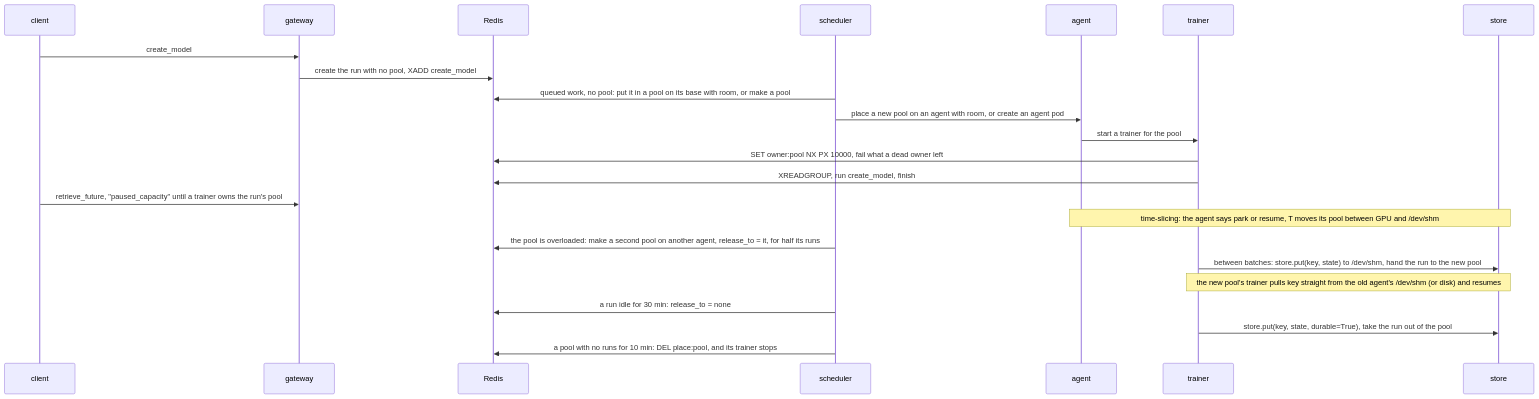
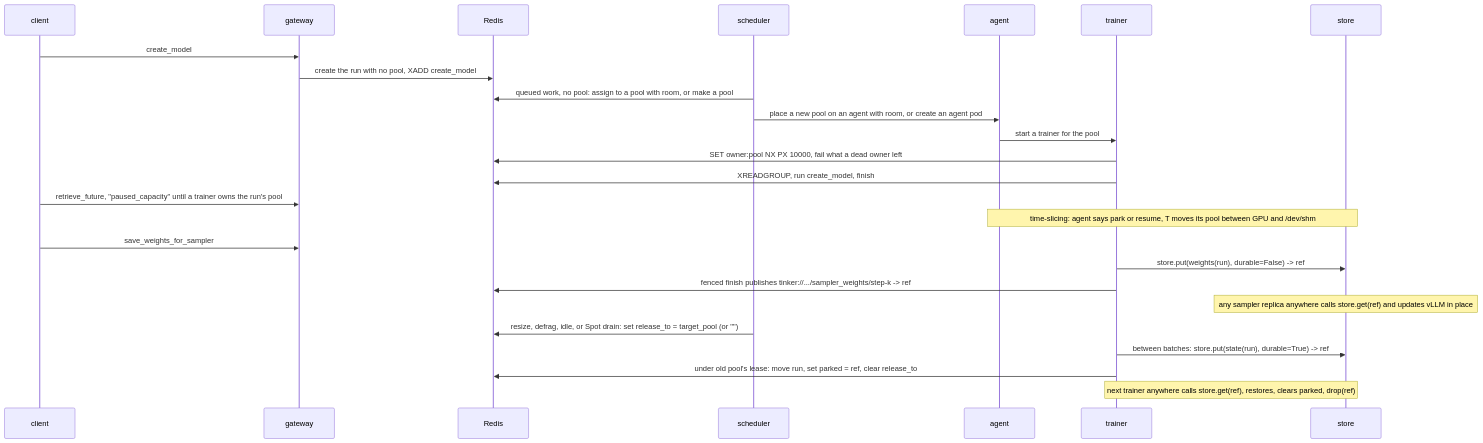
One commit to ShubyM/tiny-open-rl changed the second of 2 diagrams in docs/kubernetes.md. Above: the diagram before and after it, drawn with Mermaid. The commit also changed other lines of this file, not shown here.

First line of the commit message:
Unify checkpoints, sampler sync, and run mobility on immutable Store refs

````diff
--- a/docs/kubernetes.md
+++ b/docs/kubernetes.md
@@ -84,25 +91,27 @@
 ```mermaid
 sequenceDiagram
   participant C as client
   participant G as gateway
   participant R as Redis
   participant S as scheduler
   participant A as agent
   participant T as trainer
   participant ST as store
   C->>G: create_model
   G->>R: create the run with no pool, XADD create_model
-  S->>R: queued work, no pool: put it in a pool on its base with room, or make a pool
+  S->>R: queued work, no pool: assign to a pool with room, or make a pool
   S->>A: place a new pool on an agent with room, or create an agent pod
   A->>T: start a trainer for the pool
   T->>R: SET owner:pool NX PX 10000, fail what a dead owner left
   T->>R: XREADGROUP, run create_model, finish
   C->>G: retrieve_future, "paused_capacity" until a trainer owns the run's pool
-  Note over A,ST: time-slicing: the agent says park or resume, T moves its pool between GPU and /dev/shm
-  S->>R: the pool is overloaded: make a second pool on another agent, release_to = it, for half its runs
-  T->>ST: between batches: store.put(key, state) to /dev/shm, hand the run to the new pool
-  Note over T,ST: the new pool's trainer pulls key straight from the old agent's /dev/shm (or disk) and resumes
-  S->>R: a run idle for 30 min: release_to = none
-  T->>ST: store.put(key, state, durable=True), take the run out of the pool
-  S->>R: a pool with no runs for 10 min: DEL place:pool, and its trainer stops
+  Note over A,ST: time-slicing: agent says park or resume, T moves its pool between GPU and /dev/shm
+  C->>G: save_weights_for_sampler
+  T->>ST: store.put(weights(run), durable=False) -> ref
+  T->>R: fenced finish publishes tinker://.../sampler_weights/step-k -> ref
+  Note over ST: any sampler replica anywhere calls store.get(ref) and updates vLLM in place
+  S->>R: resize, defrag, idle, or Spot drain: set release_to = target_pool (or "")
+  T->>ST: between batches: store.put(state(run), durable=True) -> ref
+  T->>R: under old pool's lease: move run, set parked = ref, clear release_to
+  Note over T,ST: next trainer anywhere calls store.get(ref), restores, clears parked, drop(ref)
 ```
````
